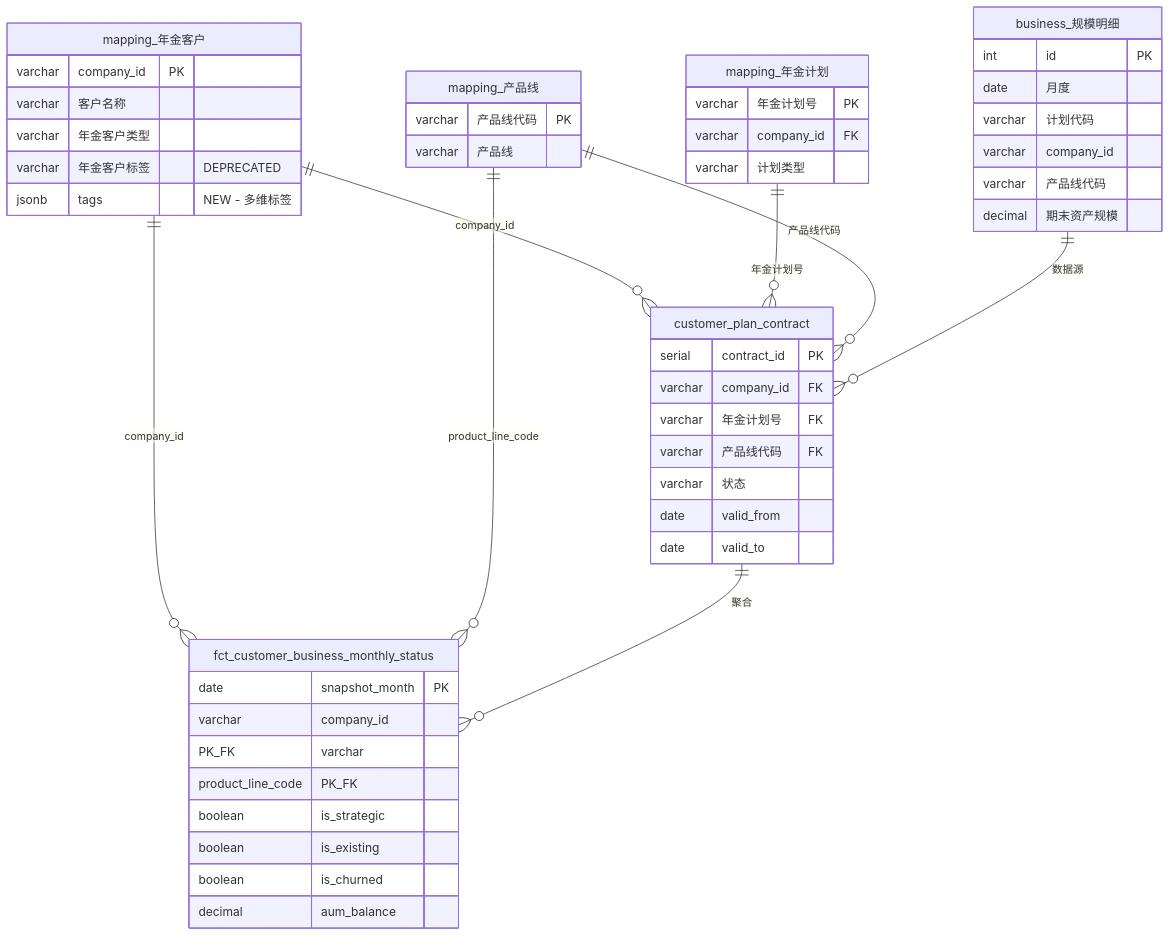
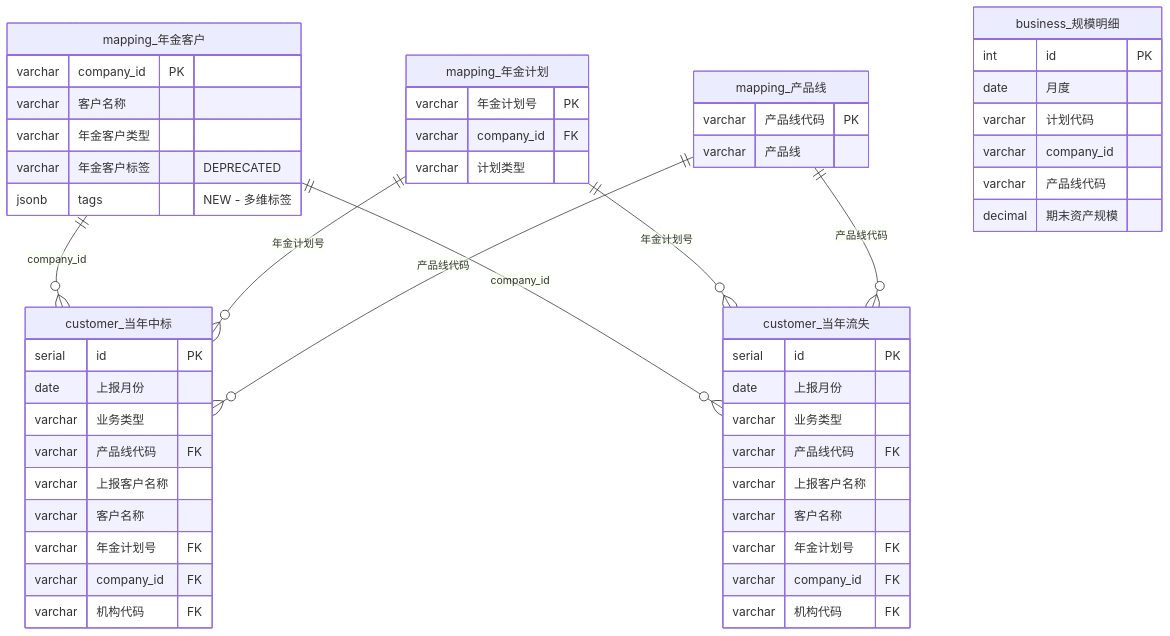
The diagram in docs/project-planning-artifacts/sprint-change-proposal-2026-01-10.md (LINSUISHENG034/WorkDataHub), drawn with Mermaid before and after one commit. The commit also changed other lines of this file and 17 other files, not shown here.

````diff
--- a/docs/project-planning-artifacts/sprint-change-proposal-2026-01-10.md
+++ b/docs/project-planning-artifacts/sprint-change-proposal-2026-01-10.md
@@ -315,63 +317,65 @@
 ```mermaid
 erDiagram
     %% 现有表 (Existing Tables)
     mapping_年金客户 {
         varchar company_id PK
         varchar 客户名称
         varchar 年金客户类型
         varchar 年金客户标签 "DEPRECATED"
         jsonb tags "NEW - 多维标签"
     }
     
     mapping_年金计划 {
         varchar 年金计划号 PK
         varchar company_id FK
         varchar 计划类型
     }
     
     mapping_产品线 {
         varchar 产品线代码 PK
         varchar 产品线
     }
     
     business_规模明细 {
         int id PK
         date 月度
         varchar 计划代码
         varchar company_id
         varchar 产品线代码
         decimal 期末资产规模
     }
     
-    %% 新增表 (New Tables)
-    customer_plan_contract {
-        serial contract_id PK
+    %% 新增表 (New Tables) - 已实施
+    customer_当年中标 {
+        serial id PK
+        date 上报月份
+        varchar 业务类型
+        varchar 产品线代码 FK
+        varchar 上报客户名称
+        varchar 客户名称
+        varchar 年金计划号 FK
         varchar company_id FK
-        varchar 年金计划号 FK
-        varchar 产品线代码 FK
-        varchar 状态
-        date valid_from
-        date valid_to
+        varchar 机构代码 FK
     }
     
-    fct_customer_business_monthly_status {
-        date snapshot_month PK
-        varchar company_id PK_FK
-        varchar product_line_code PK_FK
-        boolean is_strategic
-        boolean is_existing
-        boolean is_churned
-        decimal aum_balance
+    customer_当年流失 {
+        serial id PK
+        date 上报月份
+        varchar 业务类型
+        varchar 产品线代码 FK
+        varchar 上报客户名称
+        varchar 客户名称
+        varchar 年金计划号 FK
+        varchar company_id FK
+        varchar 机构代码 FK
     }
     
-    %% 关系定义
-    mapping_年金客户 ||--o{ customer_plan_contract : "company_id"
-    mapping_年金计划 ||--o{ customer_plan_contract : "年金计划号"
-    mapping_产品线 ||--o{ customer_plan_contract : "产品线代码"
+    %% 关系定义 - 已更新
+    mapping_年金客户 ||--o{ customer_当年中标 : "company_id"
+    mapping_年金计划 ||--o{ customer_当年中标 : "年金计划号"
+    mapping_产品线 ||--o{ customer_当年中标 : "产品线代码"
     
-    mapping_年金客户 ||--o{ fct_customer_business_monthly_status : "company_id"
-    mapping_产品线 ||--o{ fct_customer_business_monthly_status : "product_line_code"
-    
-    business_规模明细 ||--o{ customer_plan_contract : "数据源"
-    customer_plan_contract ||--o{ fct_customer_business_monthly_status : "聚合"
+    mapping_年金客户 ||--o{ customer_当年流失 : "company_id"
+    mapping_年金计划 ||--o{ customer_当年流失 : "年金计划号"
+    mapping_产品线 ||--o{ customer_当年流失 : "产品线代码"
 ```
````
